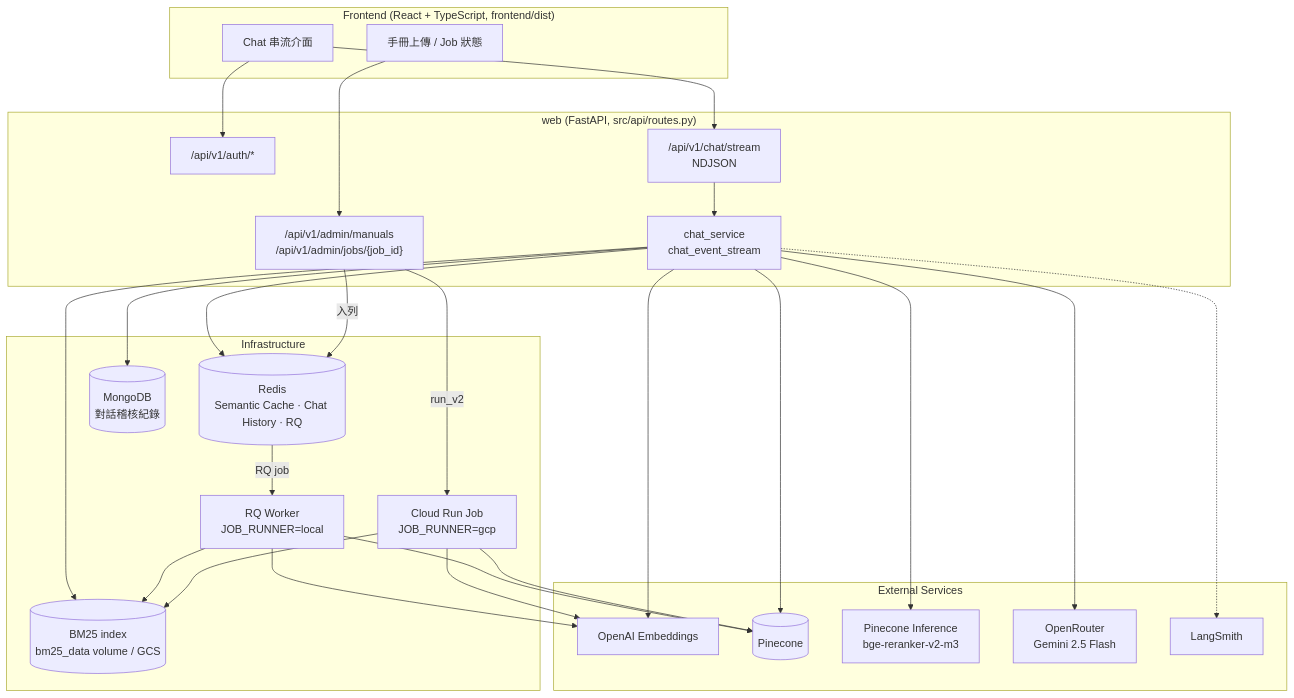
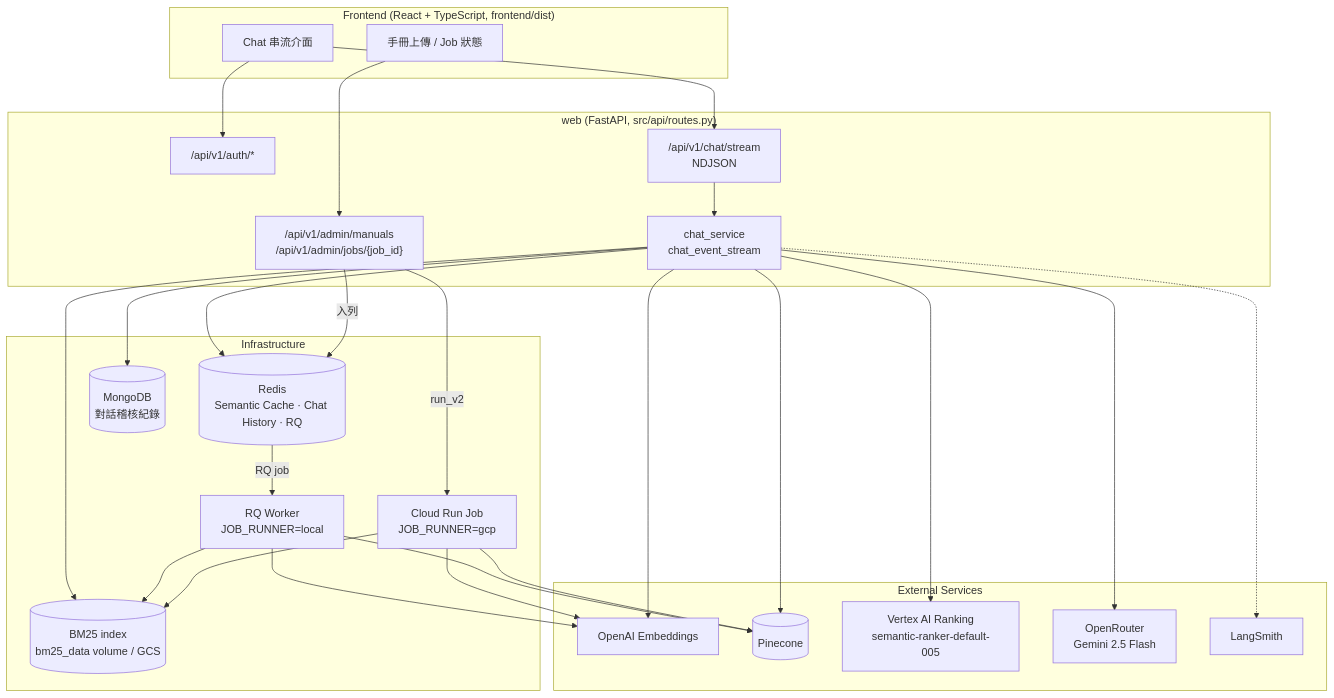
The first of 5 diagrams in architecture.md (albertkingdom/rag-chatbot-demo), drawn with Mermaid before and after one commit. The commit also changed other lines of this file and 8 other files, not shown here.

First line of the commit message:
docs: document the Vertex reranker and its evaluation

````diff
--- a/architecture.md
+++ b/architecture.md
@@ -5,53 +5,53 @@
 ```mermaid
 flowchart TB
     subgraph UI["Frontend (React + TypeScript, frontend/dist)"]
         Chat[Chat 串流介面]
         Upload[手冊上傳 / Job 狀態]
     end
 
     subgraph Web["web (FastAPI, src/api/routes.py)"]
         Auth["/api/v1/auth/*"]
         ChatAPI["/api/v1/chat/stream<br/>NDJSON"]
         Admin["/api/v1/admin/manuals<br/>/api/v1/admin/jobs/{job_id}"]
         ChatSvc[chat_service<br/>chat_event_stream]
     end
 
     subgraph Infra["Infrastructure"]
         Redis[(Redis<br/>Semantic Cache · Chat History · RQ)]
         Worker[RQ Worker<br/>JOB_RUNNER=local]
         CRJob[Cloud Run Job<br/>JOB_RUNNER=gcp]
         Mongo[(MongoDB<br/>對話稽核紀錄)]
         BM25[(BM25 index<br/>bm25_data volume / GCS)]
     end
 
     subgraph External["External Services"]
         OpenAI[OpenAI Embeddings]
         Pinecone[(Pinecone)]
-        Reranker[Pinecone Inference<br/>bge-reranker-v2-m3]
+        Reranker[Vertex AI Ranking<br/>semantic-ranker-default-005]
         OpenRouter[OpenRouter<br/>Gemini 2.5 Flash]
         LangSmith[LangSmith]
     end
 
     Chat --> Auth
     Chat --> ChatAPI --> ChatSvc
     Upload --> Admin
 
     ChatSvc --> Redis
     ChatSvc --> Mongo
     ChatSvc --> BM25
     ChatSvc --> OpenAI
     ChatSvc --> Pinecone
     ChatSvc --> Reranker
     ChatSvc --> OpenRouter
     ChatSvc -.-> LangSmith
 
     Admin -- 入列 --> Redis
     Redis -- RQ job --> Worker
     Admin -- run_v2 --> CRJob
     Worker --> OpenAI
     Worker --> Pinecone
     Worker --> BM25
     CRJob --> OpenAI
     CRJob --> Pinecone
     CRJob --> BM25
 ```
````
